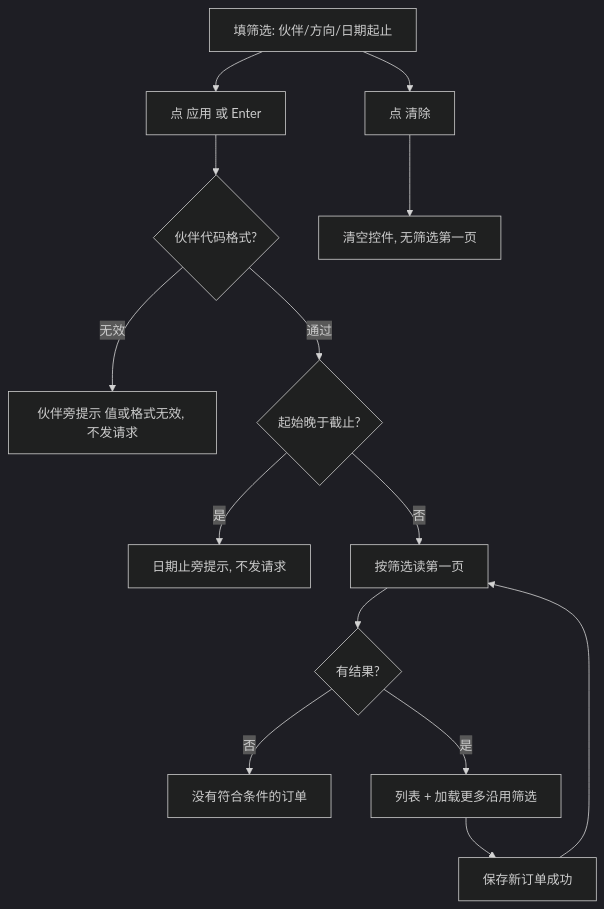
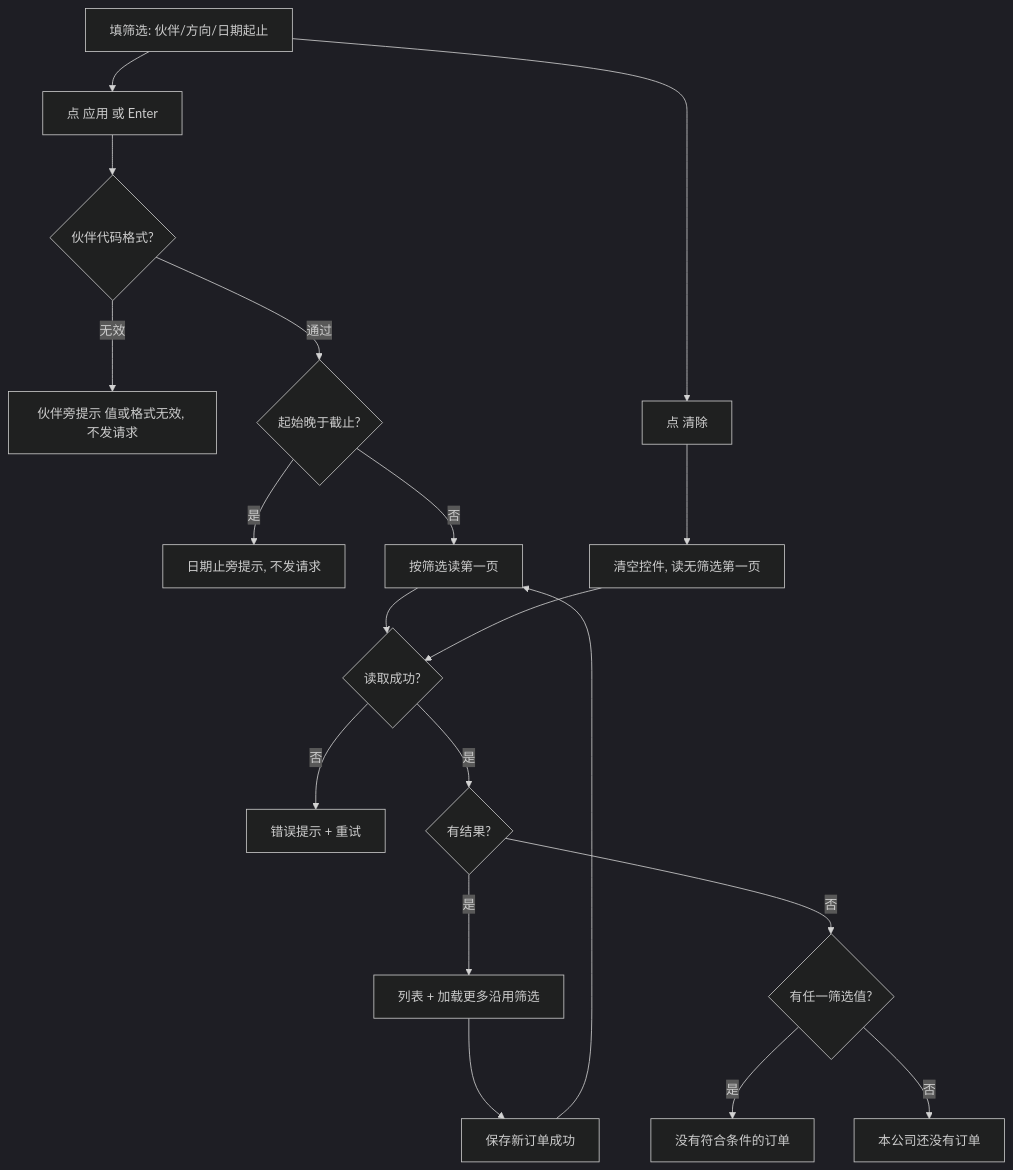
One commit to lingshf/ai-native-erp changed the fourth of 4 diagrams in docs/flows/trade-order-flow.md. Above: the diagram before and after it, drawn with Mermaid (dark theme). The commit also changed other lines of this file and 2 other files, not shown here.

Commit message:
docs: v0.7.0 RC 评审修订（计数口径、#161 验收、流程图分支、PowerShell 升级示例）

````diff
--- a/docs/flows/trade-order-flow.md
+++ b/docs/flows/trade-order-flow.md
@@ -64,16 +67,21 @@
 ```mermaid
 flowchart TD
   A[填筛选: 伙伴/方向/日期起止] --> B[点 应用 或 Enter]
   B --> C{伙伴代码格式?}
   C -- 无效 --> D[伙伴旁提示 值或格式无效, 不发请求]
   C -- 通过 --> E{起始晚于截止?}
   E -- 是 --> F[日期止旁提示, 不发请求]
   E -- 否 --> G[按筛选读第一页]
-  G --> H{有结果?}
-  H -- 否 --> I[没有符合条件的订单]
+  G --> X{读取成功?}
+  X -- 否 --> Y[错误提示 + 重试]
+  X -- 是 --> H{有结果?}
   H -- 是 --> J[列表 + 加载更多沿用筛选]
+  H -- 否 --> N{有任一筛选值?}
+  N -- 是 --> I[没有符合条件的订单]
+  N -- 否 --> Z[本公司还没有订单]
   A --> K[点 清除]
-  K --> L[清空控件, 无筛选第一页]
+  K --> L[清空控件, 读无筛选第一页]
+  L --> X
   J --> M[保存新订单成功]
   M --> G
 ```
````
